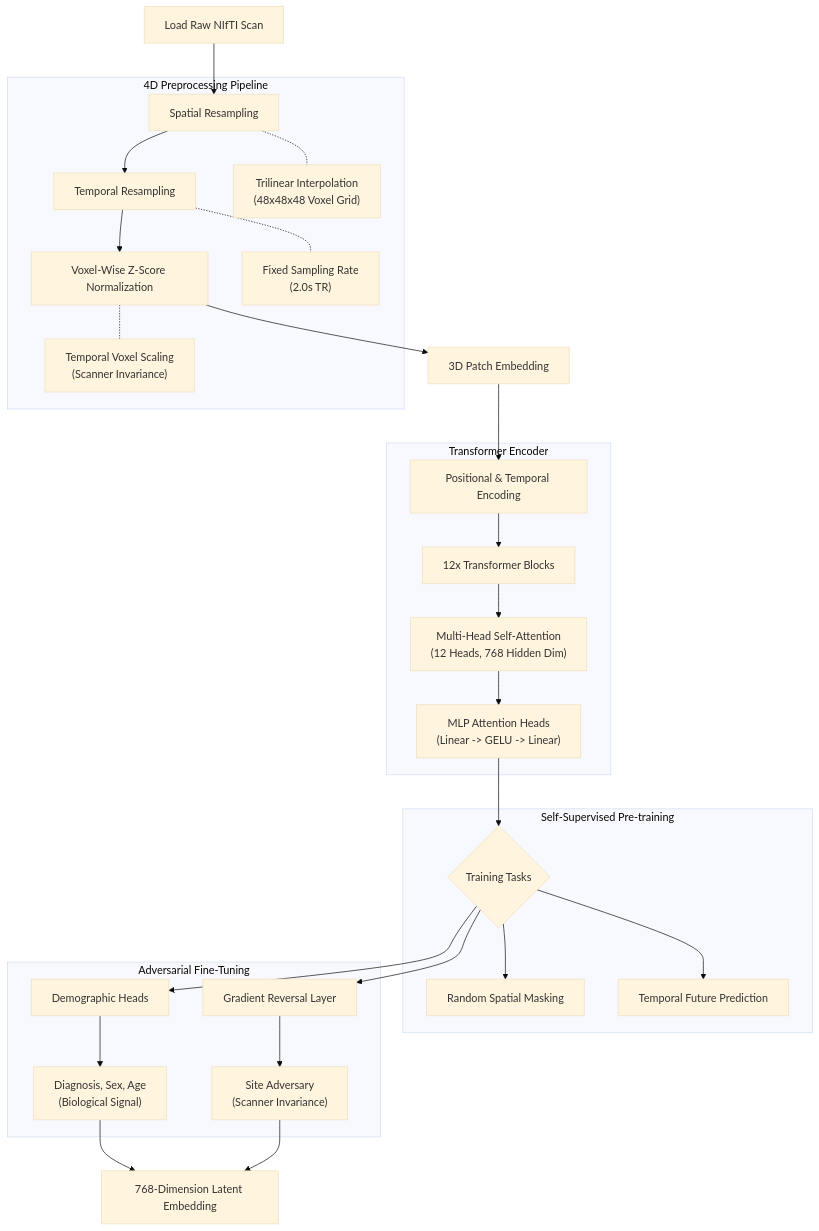
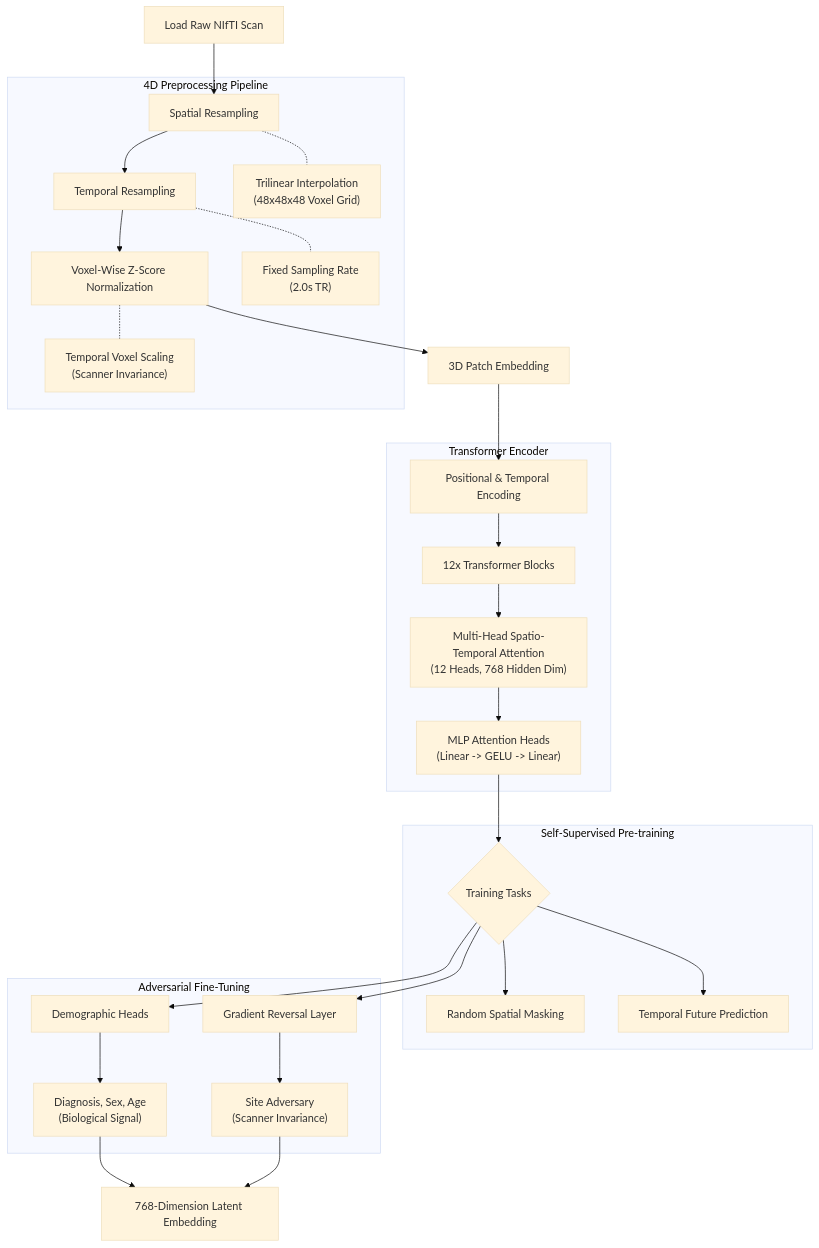
The diagram in README.md (zakerytclarke/brain-embedding), drawn with Mermaid (base theme) before and after one commit. The commit also changed other lines of this file, not shown here.

Commit message:
docs: overhaul README with architecture diagram, final metrics, and future work

````diff
--- a/README.md
+++ b/README.md
@@ -21,37 +30,37 @@
 ```mermaid
 graph TD
     A[Load Raw NIfTI Scan] --> B[Spatial Resampling]
     B --> C[Temporal Resampling]
     C --> D[Voxel-Wise Z-Score Normalization]
     
     subgraph "4D Preprocessing Pipeline"
     B -.- B1["Trilinear Interpolation<br/>(48x48x48 Voxel Grid)"]
     C -.- C1["Fixed Sampling Rate<br/>(2.0s TR)"]
     D -.- D1["Temporal Voxel Scaling<br/>(Scanner Invariance)"]
     end
 
     D --> E[3D Patch Embedding]
     E --> F[Positional & Temporal Encoding]
     
     subgraph "Transformer Encoder"
     F --> G[12x Transformer Blocks]
-    G --> G1["Multi-Head Self-Attention<br/>(12 Heads, 768 Hidden Dim)"]
+    G --> G1["Multi-Head Spatio-Temporal Attention<br/>(12 Heads, 768 Hidden Dim)"]
     G1 --> G2["MLP Attention Heads<br/>(Linear -> GELU -> Linear)"]
     end
 
     G2 --> H{Training Tasks}
     
     subgraph "Self-Supervised Pre-training"
     H --> I[Random Spatial Masking]
     H --> J[Temporal Future Prediction]
     end
 
     subgraph "Adversarial Fine-Tuning"
     H --> K[Demographic Heads]
     K --> K1["Diagnosis, Sex, Age<br/>(Biological Signal)"]
     H --> L[Gradient Reversal Layer]
     L --> L1["Site Adversary<br/>(Scanner Invariance)"]
     end
 
     K1 & L1 --> M[768-Dimension Latent Embedding]
 ```
````
